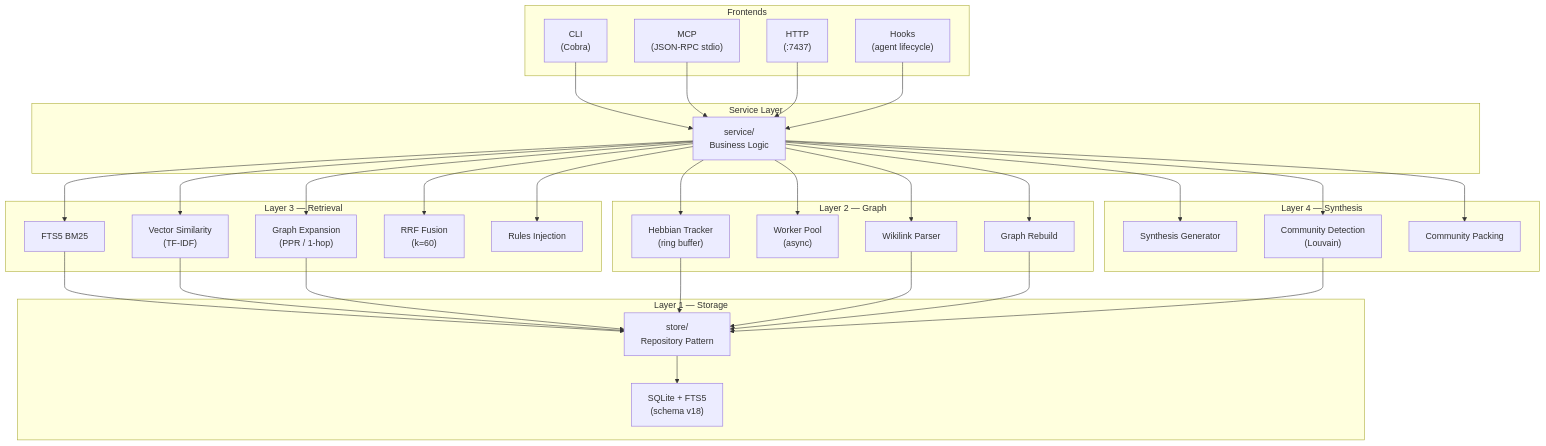
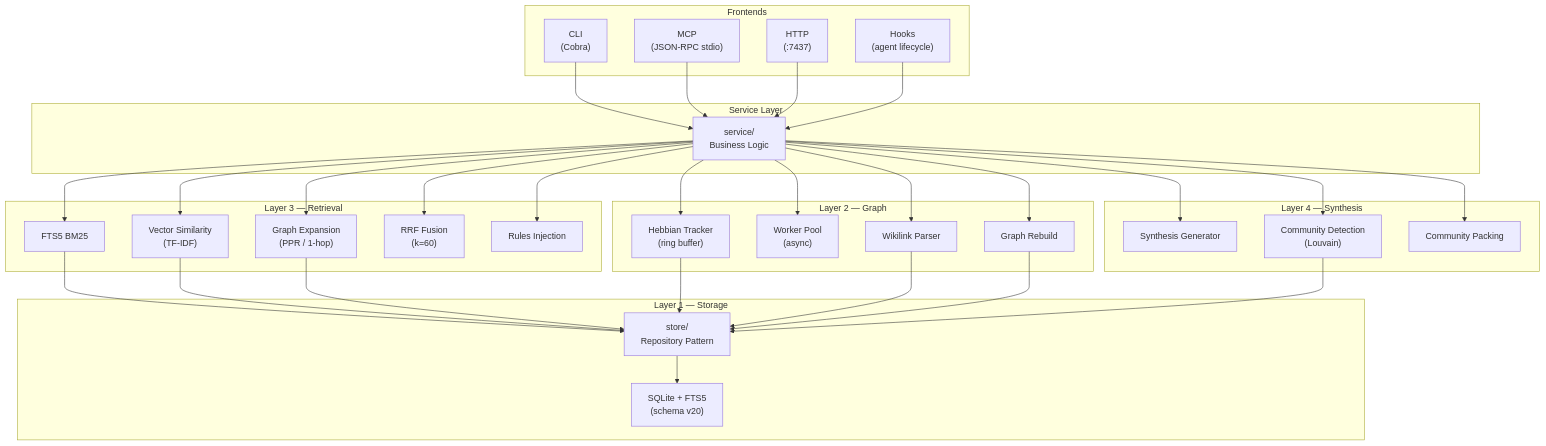
Before and after one commit to wirvii/mneme: the first of 11 diagrams in docs/ARCHITECTURE.md, drawn with Mermaid. The commit also changed other lines of this file and 1 other file, not shown here.

First line of the commit message:
docs: refresh tool count, schema version and command count (SPEC-134)

````diff
--- a/docs/ARCHITECTURE.md
+++ b/docs/ARCHITECTURE.md
@@ -47,69 +47,69 @@
 ```mermaid
 graph TB
     subgraph Frontends
         CLI["CLI<br/>(Cobra)"]
         MCP["MCP<br/>(JSON-RPC stdio)"]
         HTTP["HTTP<br/>(:7437)"]
         HOOKS["Hooks<br/>(agent lifecycle)"]
     end
 
     subgraph "Service Layer"
         SVC["service/<br/>Business Logic"]
     end
 
     subgraph "Layer 4 — Synthesis"
         SYNTH["Synthesis Generator"]
         COMM["Community Detection<br/>(Louvain)"]
         CPAK["Community Packing"]
     end
 
     subgraph "Layer 3 — Retrieval"
         FTS["FTS5 BM25"]
         VEC["Vector Similarity<br/>(TF-IDF)"]
         PPR["Graph Expansion<br/>(PPR / 1-hop)"]
         RRF["RRF Fusion<br/>(k=60)"]
         RULES["Rules Injection"]
     end
 
     subgraph "Layer 2 — Graph"
         HEBB["Hebbian Tracker<br/>(ring buffer)"]
         WORKER["Worker Pool<br/>(async)"]
         WLINK["Wikilink Parser"]
         RBLD["Graph Rebuild"]
     end
 
     subgraph "Layer 1 — Storage"
         STORE["store/<br/>Repository Pattern"]
-        DB["SQLite + FTS5<br/>(schema v18)"]
+        DB["SQLite + FTS5<br/>(schema v20)"]
     end
 
     CLI --> SVC
     MCP --> SVC
     HTTP --> SVC
     HOOKS --> SVC
 
     SVC --> SYNTH
     SVC --> COMM
     SVC --> CPAK
 
     SVC --> FTS
     SVC --> VEC
     SVC --> PPR
     SVC --> RRF
     SVC --> RULES
 
     SVC --> HEBB
     SVC --> WORKER
     SVC --> WLINK
     SVC --> RBLD
 
     FTS --> STORE
     VEC --> STORE
     PPR --> STORE
     HEBB --> STORE
     WLINK --> STORE
     RBLD --> STORE
     COMM --> STORE
 
     STORE --> DB
 ```
````
